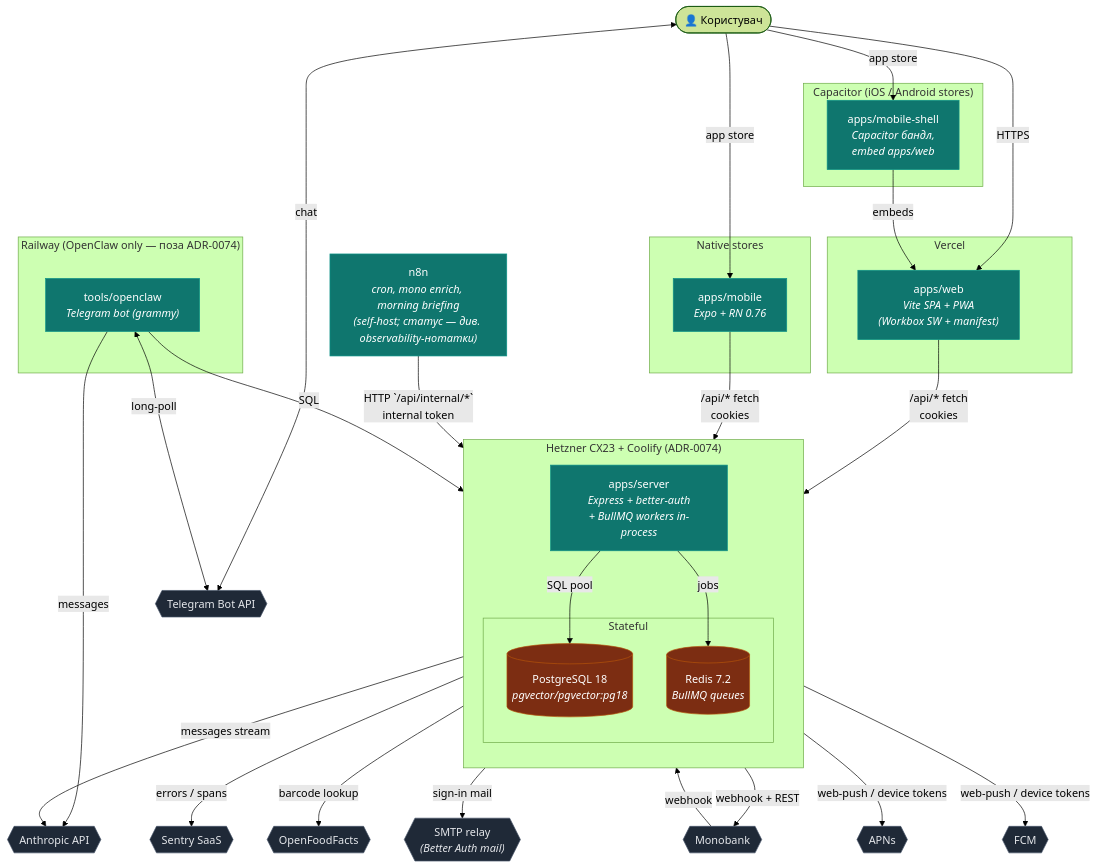
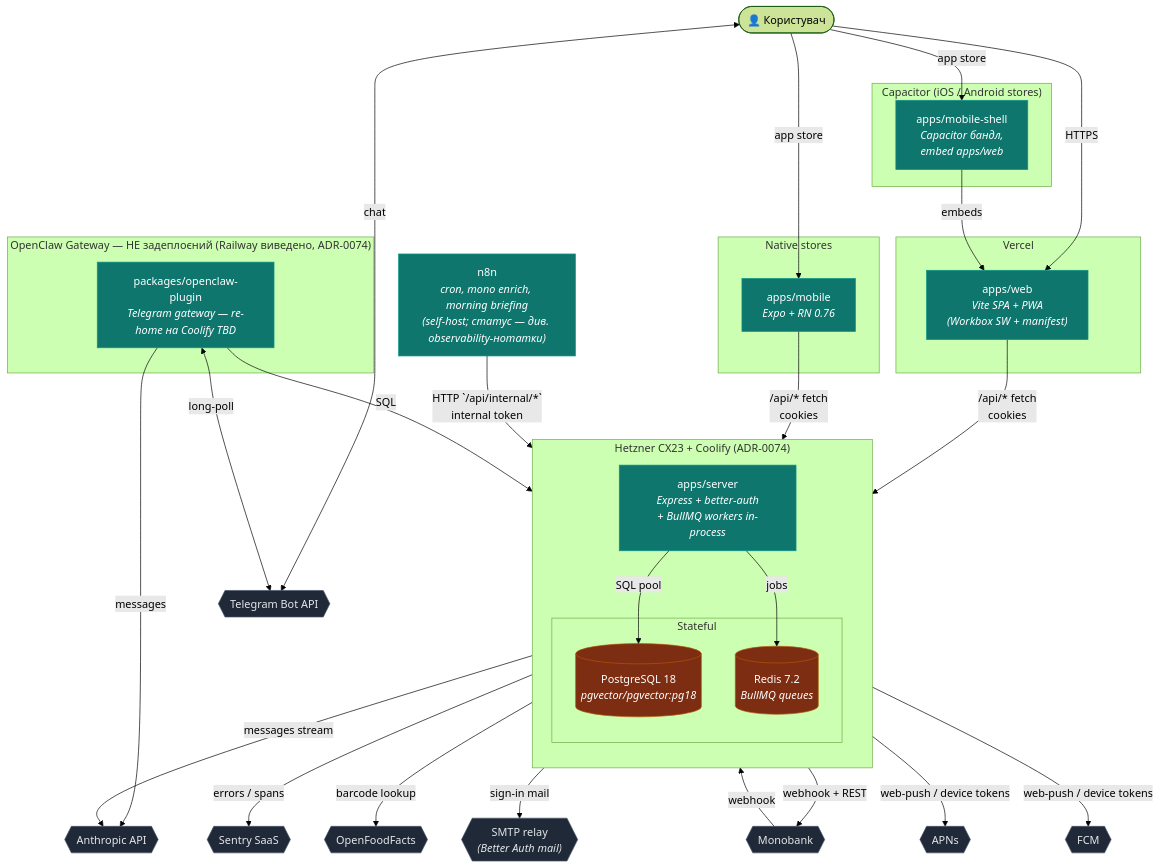
The diagram in docs/02-engineering/architecture/diagrams/c2-containers.md (SkOrDs-02/sergeant), drawn with Mermaid (forest theme) before and after one commit. The commit also changed 9 other files, not shown here.

First line of the commit message:
docs(root): purge decommissioned Railway topology from ops docs, playbooks, diagrams (ADR-0074)

````diff
--- a/docs/02-engineering/architecture/diagrams/c2-containers.md
+++ b/docs/02-engineering/architecture/diagrams/c2-containers.md
@@ -8,74 +8,74 @@
 ```mermaid
 flowchart TB
     User(["👤 Користувач"])
 
     subgraph Vercel["Vercel"]
         Web["apps/web<br/><i>Vite SPA + PWA<br/>(Workbox SW + manifest)</i>"]
     end
 
     subgraph Capacitor["Capacitor (iOS / Android stores)"]
         Shell["apps/mobile-shell<br/><i>Capacitor бандл,<br/>embed apps/web</i>"]
     end
 
     subgraph Native["Native stores"]
         Mobile["apps/mobile<br/><i>Expo + RN 0.76</i>"]
     end
 
     subgraph Hetzner["Hetzner CX23 + Coolify (ADR-0074)"]
         direction TB
         Server["apps/server<br/><i>Express + better-auth<br/>+ BullMQ workers in-process</i>"]
 
         subgraph DB["Stateful"]
             PG[("PostgreSQL 18<br/><i>pgvector/pgvector:pg18</i>")]
             R[("Redis 7.2<br/><i>BullMQ queues</i>")]
         end
     end
 
-    subgraph Railway["Railway (OpenClaw only — поза ADR-0074)"]
-        Console["tools/openclaw<br/><i>Telegram bot (grammy)</i>"]
+    subgraph OpenClawHost["OpenClaw Gateway — НЕ задеплоєний (Railway виведено, ADR-0074)"]
+        Console["packages/openclaw-plugin<br/><i>Telegram gateway — re-home на Coolify TBD</i>"]
     end
 
     N8N["n8n<br/><i>cron, mono enrich, morning briefing<br/>(self-host; статус — див. observability-нотатки)</i>"]
 
     Anthropic{{"Anthropic API"}}
     Sentry{{"Sentry SaaS"}}
     Mono{{"Monobank"}}
     OFF{{"OpenFoodFacts"}}
     SMTP{{"SMTP relay<br/><i>(Better Auth mail)</i>"}}
     APNs{{"APNs"}}
     FCM{{"FCM"}}
     Telegram{{"Telegram Bot API"}}
 
     User -->|HTTPS| Web
     User -->|app store| Shell
     User -->|app store| Mobile
     User <-->|chat| Telegram
 
     Web -->|/api/* fetch<br/>cookies| Server
     Mobile -->|/api/* fetch<br/>cookies| Server
     Shell -->|embeds| Web
 
     Server -->|SQL pool| PG
     Server -->|jobs| R
     Server -->|messages stream| Anthropic
     Server -->|errors / spans| Sentry
     Server -->|webhook + REST| Mono
     Server -->|barcode lookup| OFF
     Server -->|sign-in mail| SMTP
     Server -->|web-push / device tokens| APNs
     Server -->|web-push / device tokens| FCM
 
     N8N -->|HTTP `/api/internal/*`<br/>internal token| Server
     Mono -->|webhook| Server
 
     Console <-->|long-poll| Telegram
     Console -->|SQL| PG
     Console -->|messages| Anthropic
 
     classDef cont fill:#0f766e,stroke:#0d9488,color:#fff
     classDef store fill:#7c2d12,stroke:#b45309,color:#fff
     classDef ext fill:#1f2937,stroke:#475569,color:#e5e7eb
     class Web,Shell,Mobile,Server,N8N,Console cont
     class PG,R store
     class Anthropic,Sentry,Mono,OFF,SMTP,APNs,FCM,Telegram ext
 ```
````
